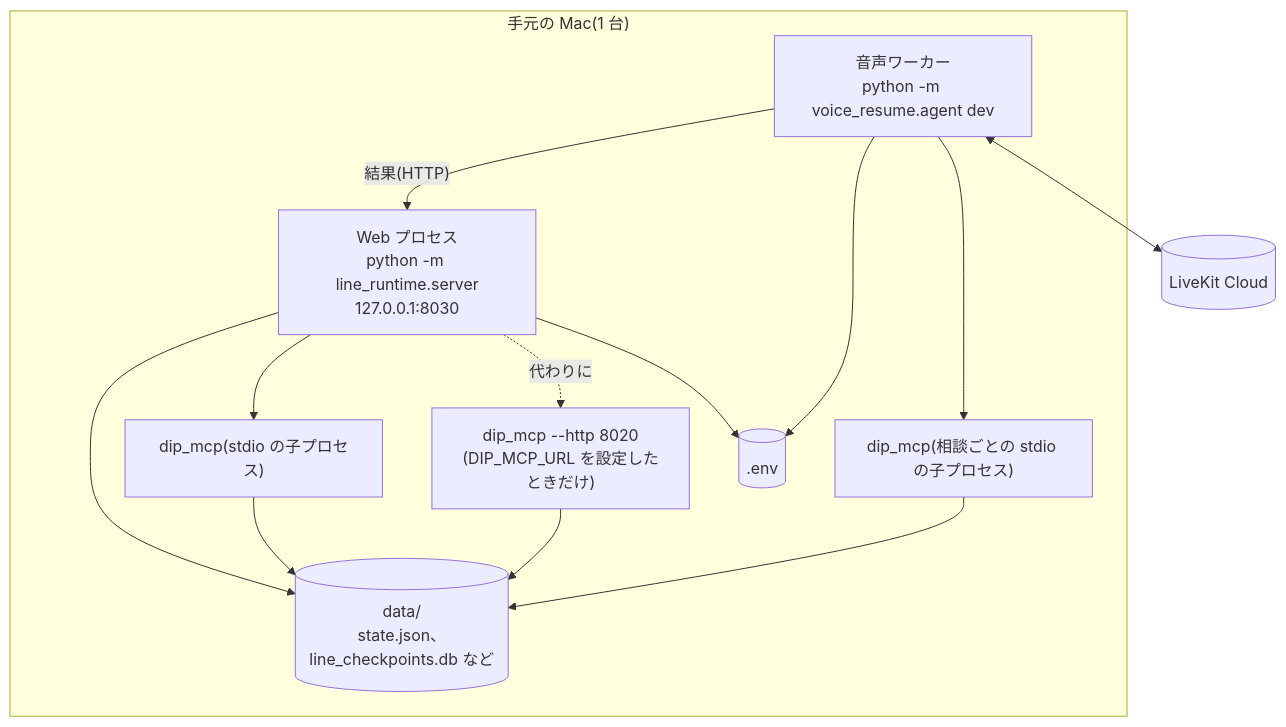
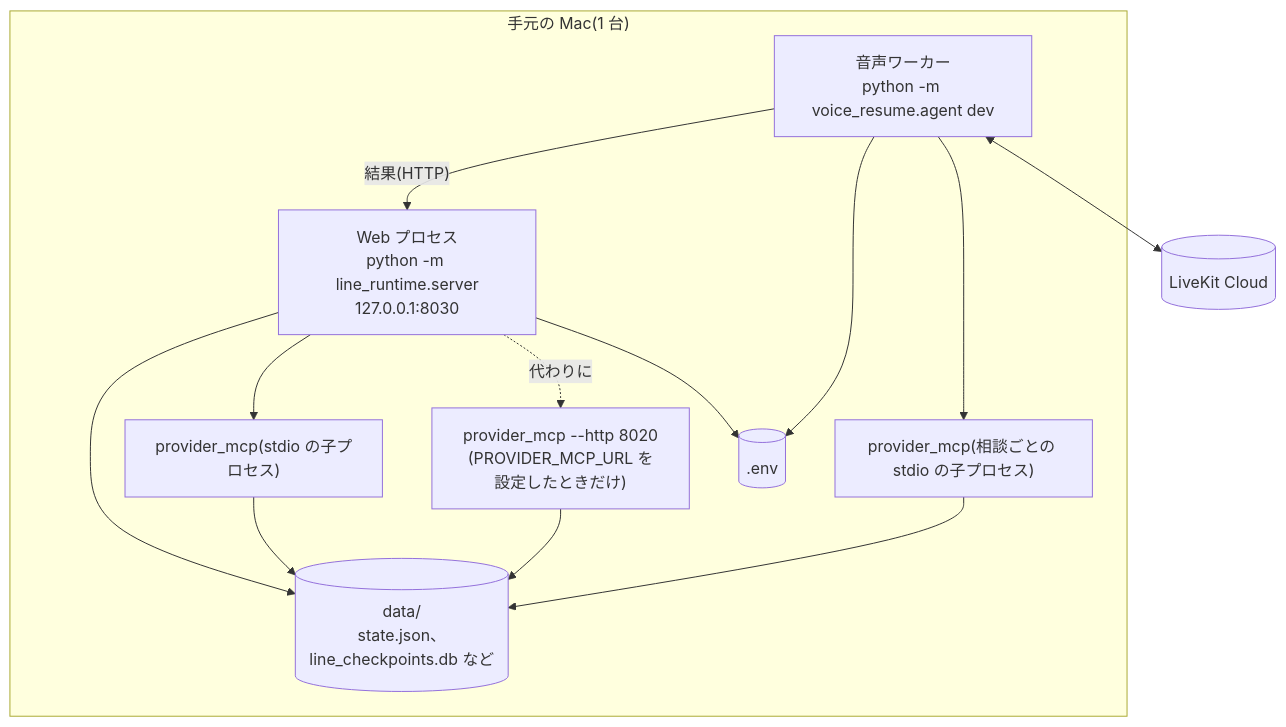
Before and after one commit to jyoka/aica: diagram 15 of 15 in docs/architecture/hld.md, drawn with Mermaid. The commit also changed other lines of this file and 389 other files, not shown here.

````diff
--- a/docs/architecture/hld.md
+++ b/docs/architecture/hld.md
@@ -1217,23 +1218,23 @@
 ```mermaid
 flowchart TB
     subgraph mac["手元の Mac(1 台)"]
         web["Web プロセス<br/>python -m line_runtime.server<br/>127.0.0.1:8030"]
-        dipc["dip_mcp(stdio の子プロセス)"]
-        dipd["dip_mcp --http 8020<br/>(DIP_MCP_URL を設定したときだけ)"]
+        providerc["provider_mcp(stdio の子プロセス)"]
+        providerd["provider_mcp --http 8020<br/>(PROVIDER_MCP_URL を設定したときだけ)"]
         worker["音声ワーカー<br/>python -m voice_resume.agent dev"]
-        dipv["dip_mcp(相談ごとの stdio の子プロセス)"]
+        providerv["provider_mcp(相談ごとの stdio の子プロセス)"]
         data[("data/<br/>state.json、line_checkpoints.db など")]
         env[(".env")]
     end
-    web --> dipc
-    web -. "代わりに" .-> dipd
-    worker --> dipv
+    web --> providerc
+    web -. "代わりに" .-> providerd
+    worker --> providerv
     web --> data
-    dipc --> data
-    dipd --> data
-    dipv --> data
+    providerc --> data
+    providerd --> data
+    providerv --> data
     worker -- "結果(HTTP)" --> web
     worker <--> lk[("LiveKit Cloud")]
     web --> env
     worker --> env
 ```
````
